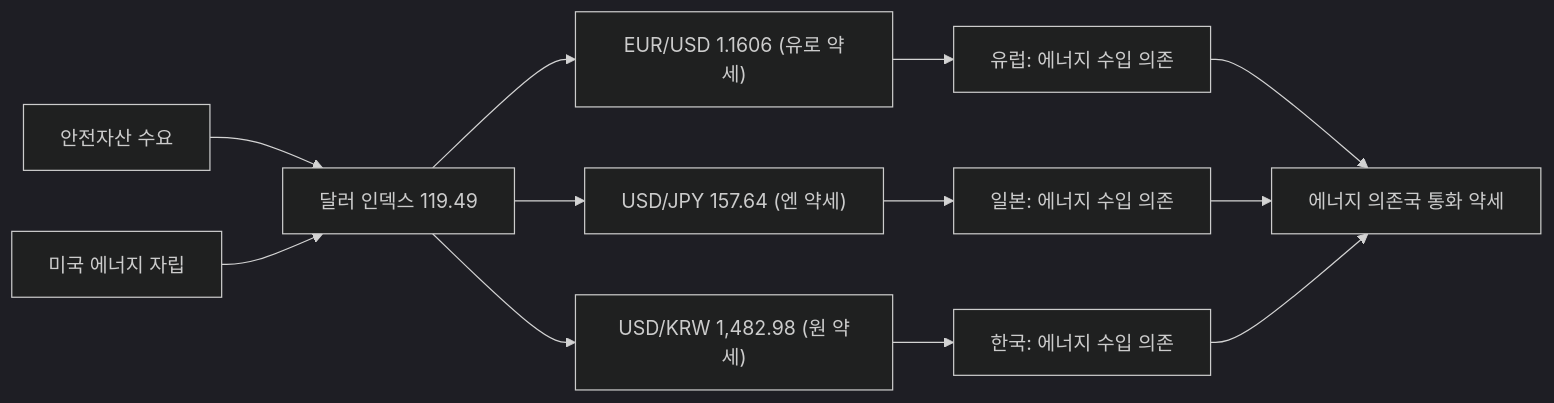
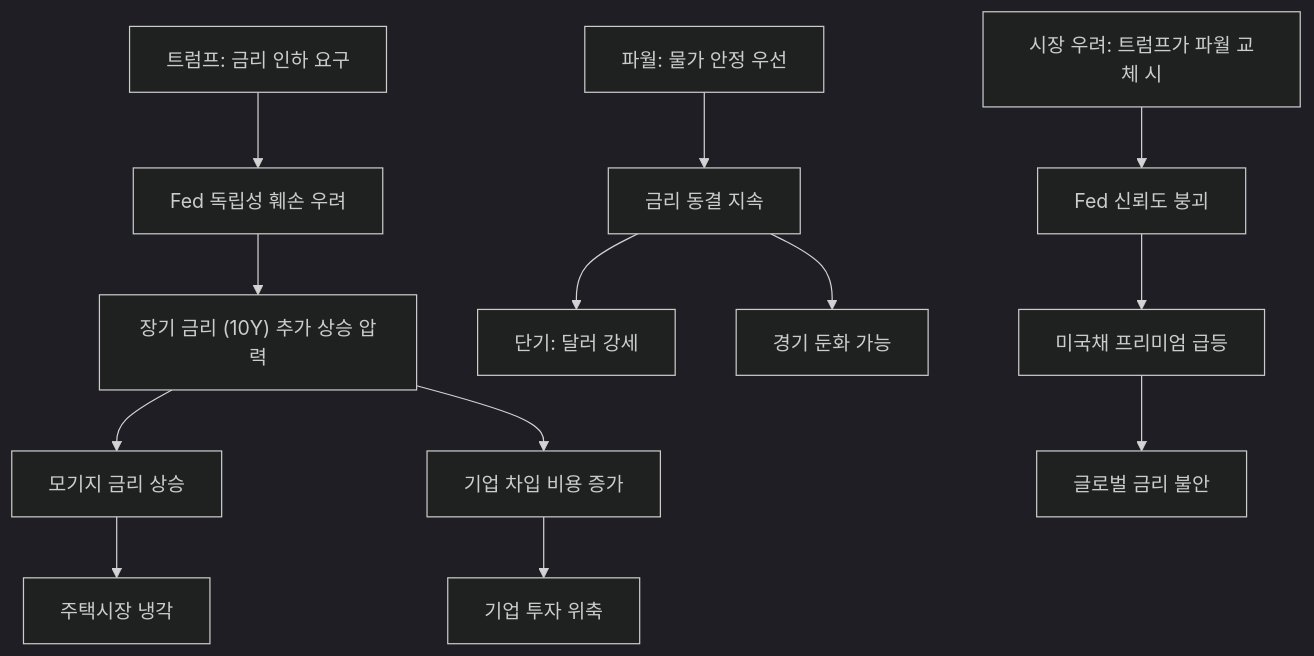
The fourth of 11 diagrams in _posts/knowledge/invest/2026-01-21-macroeconomic-policy-sector-outlook-2026.md (dss99911/dss99911.github.io), drawn with Mermaid (dark theme) before and after one commit. The commit also changed other lines of this file and 5 other files, not shown here.

````diff
--- a/_posts/knowledge/invest/2026-01-21-macroeconomic-policy-sector-outlook-2026.md
+++ b/_posts/knowledge/invest/2026-01-21-macroeconomic-policy-sector-outlook-2026.md
@@ -172,14 +159,15 @@
 ```mermaid
-graph LR
-    A["안전자산 수요"] --> C["달러 인덱스 119.49"]
-    B["미국 에너지 자립"] --> C
-    C --> D["EUR/USD 1.1606 (유로 약세)"]
-    C --> E["USD/JPY 157.64 (엔 약세)"]
-    C --> F["USD/KRW 1,482.98 (원 약세)"]
-    D --> G["유럽: 에너지 수입 의존"]
-    E --> H["일본: 에너지 수입 의존"]
-    F --> I["한국: 에너지 수입 의존"]
-    G --> J["에너지 의존국 통화 약세"]
-    H --> J
-    I --> J
+graph TD
+    A["트럼프: 금리 인하 요구"] --> B["Fed 독립성 훼손 우려"]
+    B --> C["장기 금리 #40;10Y#41; 추가 상승 압력"]
+    C --> D["모기지 금리 상승"]
+    C --> E["기업 차입 비용 증가"]
+    D --> F["주택시장 냉각"]
+    E --> G["기업 투자 위축"]
+    H["파월: 물가 안정 우선"] --> I["금리 동결 지속"]
+    I --> J["단기: 달러 강세"]
+    I --> K["경기 둔화 가능"]
+    L["시장 우려: 트럼프가 파월 교체 시"] --> M["Fed 신뢰도 붕괴"]
+    M --> N["미국채 프리미엄 급등"]
+    N --> O["글로벌 금리 불안"]
 ```
````
